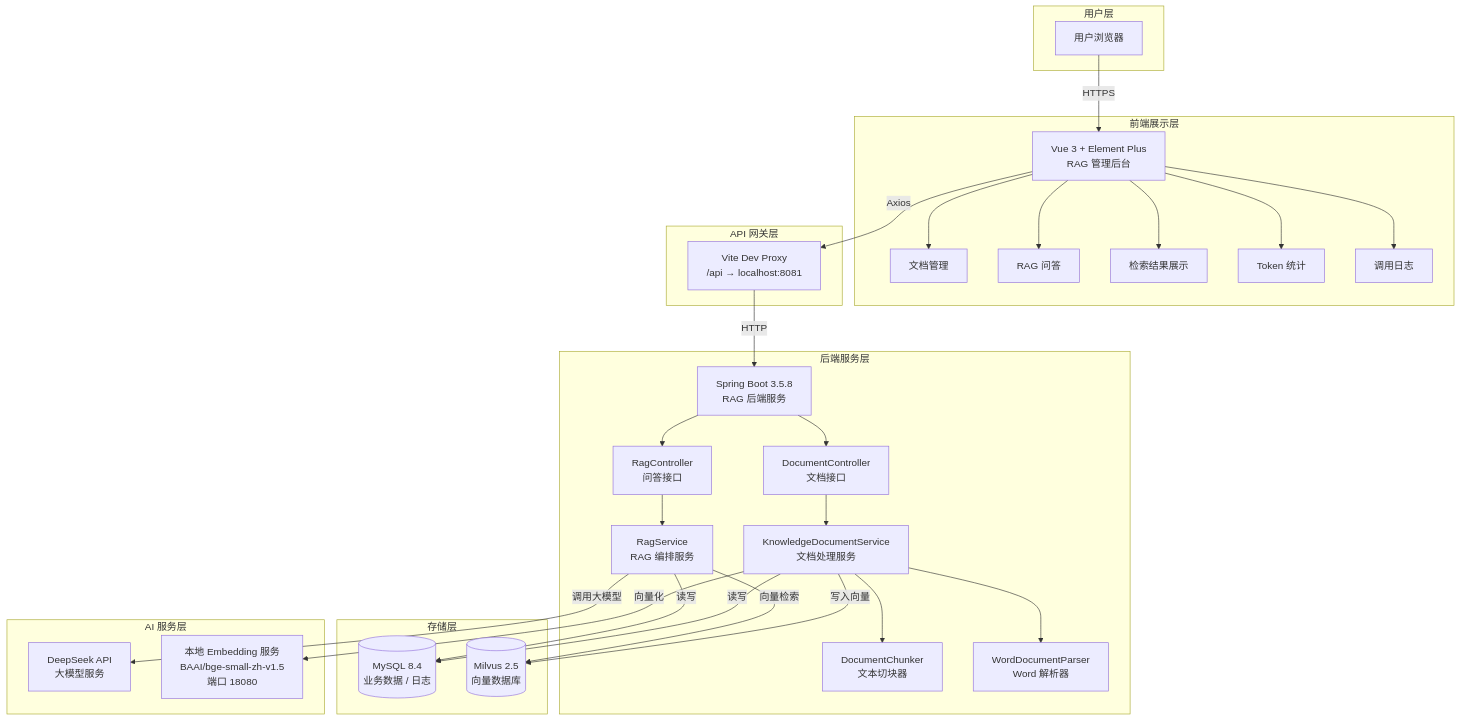
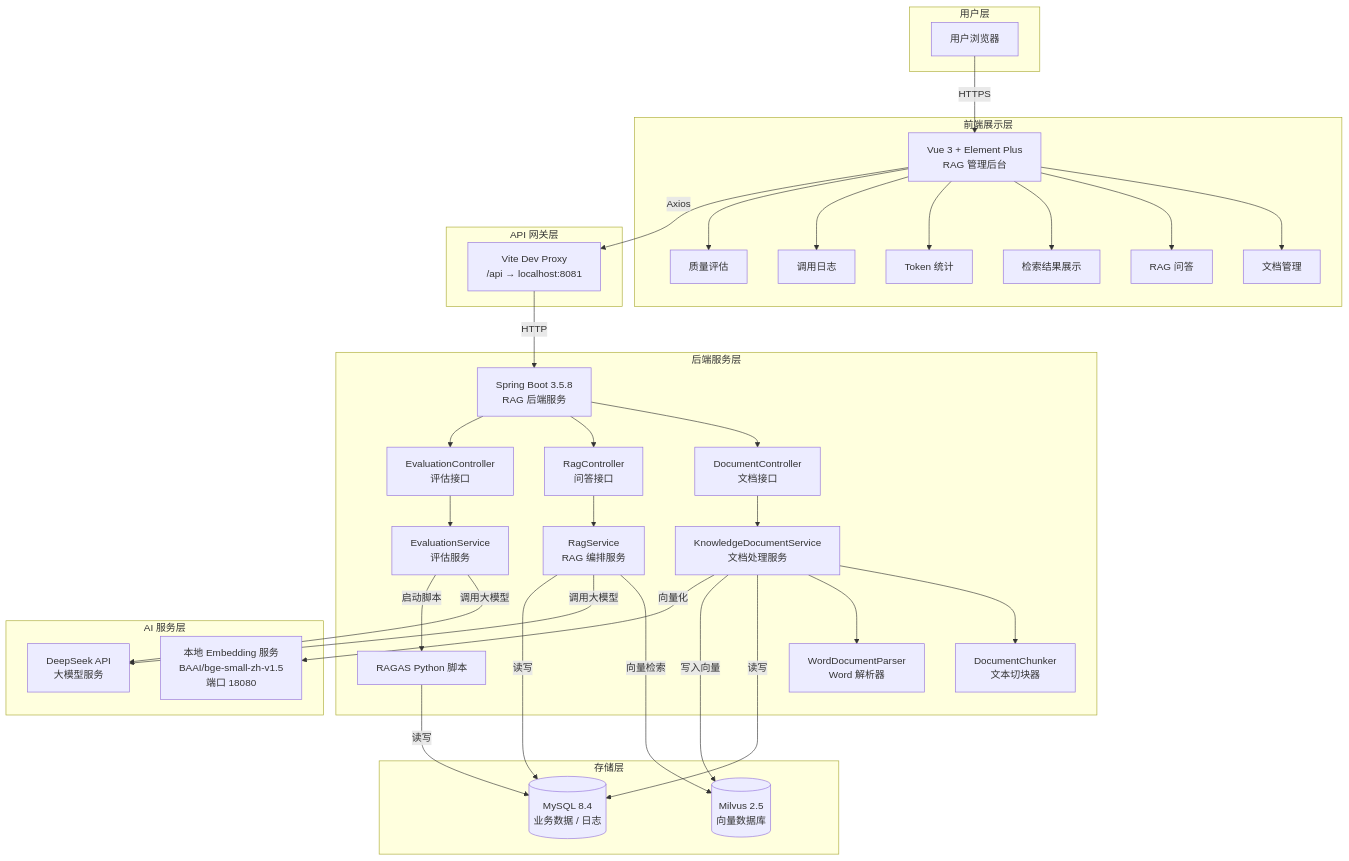
Before and after one commit to ironnn111/rag: the first of 2 diagrams in README.md, drawn with Mermaid. The commit also changed other lines of this file, not shown here.

````diff
--- a/README.md
+++ b/README.md
@@ -24,60 +27,70 @@
 ```mermaid
 graph TB
     subgraph 用户层
         A[用户浏览器]
     end
 
     subgraph 前端展示层
         B[Vue 3 + Element Plus<br/>RAG 管理后台]
         B1[文档管理]
         B2[RAG 问答]
         B3[检索结果展示]
         B4[Token 统计]
         B5[调用日志]
+        B6[质量评估]
     end
 
     subgraph API 网关层
         C[Vite Dev Proxy<br/>/api → localhost:8081]
     end
 
     subgraph 后端服务层
         D[Spring Boot 3.5.8<br/>RAG 后端服务]
         D1[DocumentController<br/>文档接口]
         D2[RagController<br/>问答接口]
         D3[KnowledgeDocumentService<br/>文档处理服务]
         D4[RagService<br/>RAG 编排服务]
         D5[DocumentChunker<br/>文本切块器]
         D6[WordDocumentParser<br/>Word 解析器]
+        D7[EvaluationController<br/>评估接口]
+        D8[EvaluationService<br/>评估服务]
+        D9[RAGAS Python 脚本]
     end
 
     subgraph 存储层
         E[(MySQL 8.4<br/>业务数据 / 日志)]
         F[(Milvus 2.5<br/>向量数据库)]
     end
 
     subgraph AI 服务层
         G[DeepSeek API<br/>大模型服务]
         H[本地 Embedding 服务<br/>BAAI/bge-small-zh-v1.5<br/>端口 18080]
     end
 
     A -->|HTTPS| B
     B --> B1
     B --> B2
     B --> B3
     B --> B4
     B --> B5
+    B --> B6
     B -->|Axios| C
     C -->|HTTP| D
     D --> D1
     D --> D2
+    D --> D7
     D1 --> D3
     D2 --> D4
+    D7 --> D8
+    D8 -->|调用大模型| G
+    D8 -->|启动脚本| D9
+    D9 -->|读写| E
     D3 --> D5
     D3 --> D6
     D3 -->|读写| E
     D3 -->|写入向量| F
     D4 -->|向量检索| F
     D4 -->|调用大模型| G
     D4 -->|读写| E
     D3 -->|向量化| H
 ```
````
